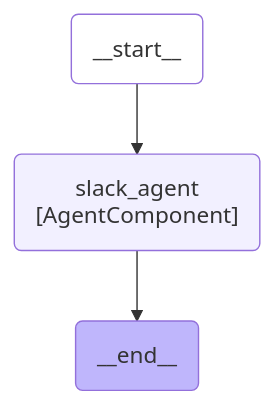
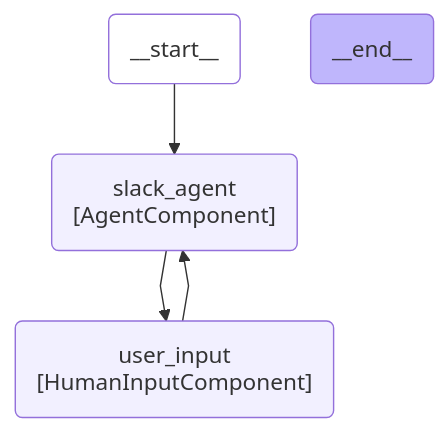
One commit to movax01h/ai-gateway changed diagram 44 of 47 in docs/duo_workflow_service_graphs.md. Above: the diagram before and after it, drawn with Mermaid. The commit also changed 1 other file, not shown here.

Commit message:
feat(duo-workflow): keep Slack assistant sessions open between turns

````diff
--- a/docs/duo_workflow_service_graphs.md
+++ b/docs/duo_workflow_service_graphs.md
@@ -1358,16 +1358,18 @@
 ```mermaid
 ---
 config:
     flowchart:
         curve: linear
 ---
 graph TD;
     __start__(__start__):::first;
     __end__(__end__):::last;
     __start__ --> slack_agent;
     slack_agent(slack_agent<br>#91;AgentComponent#93;);
-    slack_agent --> __end__;
+    user_input(user_input<br>#91;HumanInputComponent#93;);
+    slack_agent --> user_input;
+    user_input --> slack_agent;
     classDef default fill:#f2f0ff,line-height:1.2;
     classDef first fill-opacity:0;
     classDef last fill:#bfb6fc;
 ```
````
